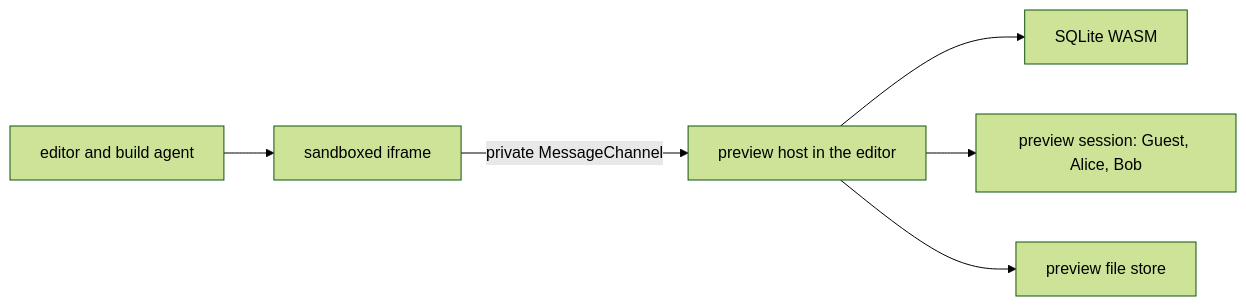
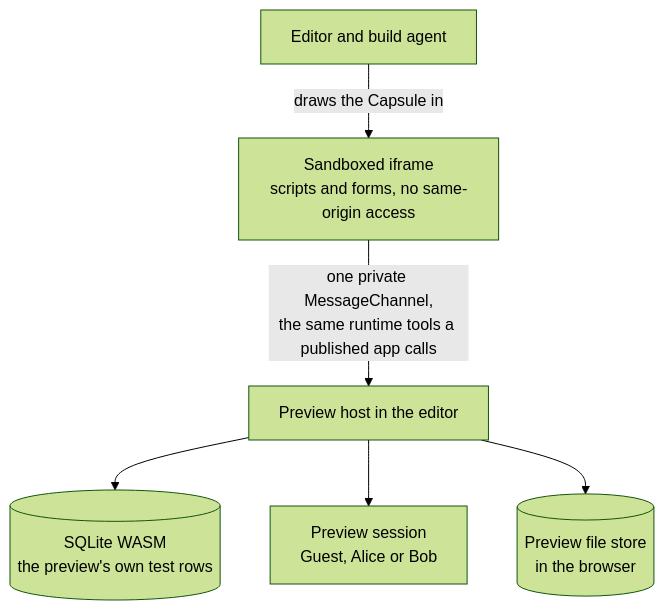
The second of 3 diagrams in docs/architecture.md (danibram/konae), drawn with Mermaid (forest theme) before and after one commit. The commit also changed other lines of this file and 44 other files, not shown here.

````diff
--- a/docs/architecture.md
+++ b/docs/architecture.md
@@ -152,8 +183,8 @@
 ```mermaid
-flowchart LR
-  E["editor and build agent"] --> P["sandboxed iframe"]
-  P -->|"private MessageChannel"| H["preview host in the editor"]
-  H --> D["SQLite WASM"]
-  H --> A["preview session: Guest, Alice, Bob"]
-  H --> F["preview file store"]
+flowchart TB
+  E["Editor and build agent"] -->|"draws the Capsule in"| P["Sandboxed iframe<br/>scripts and forms, no same-origin access"]
+  P -->|"one private MessageChannel,<br/>the same runtime tools a published app calls"| H["Preview host in the editor"]
+  H --> D[("SQLite WASM<br/>the preview's own test rows")]
+  H --> A["Preview session<br/>Guest, Alice or Bob"]
+  H --> F[("Preview file store<br/>in the browser")]
 ```
````
